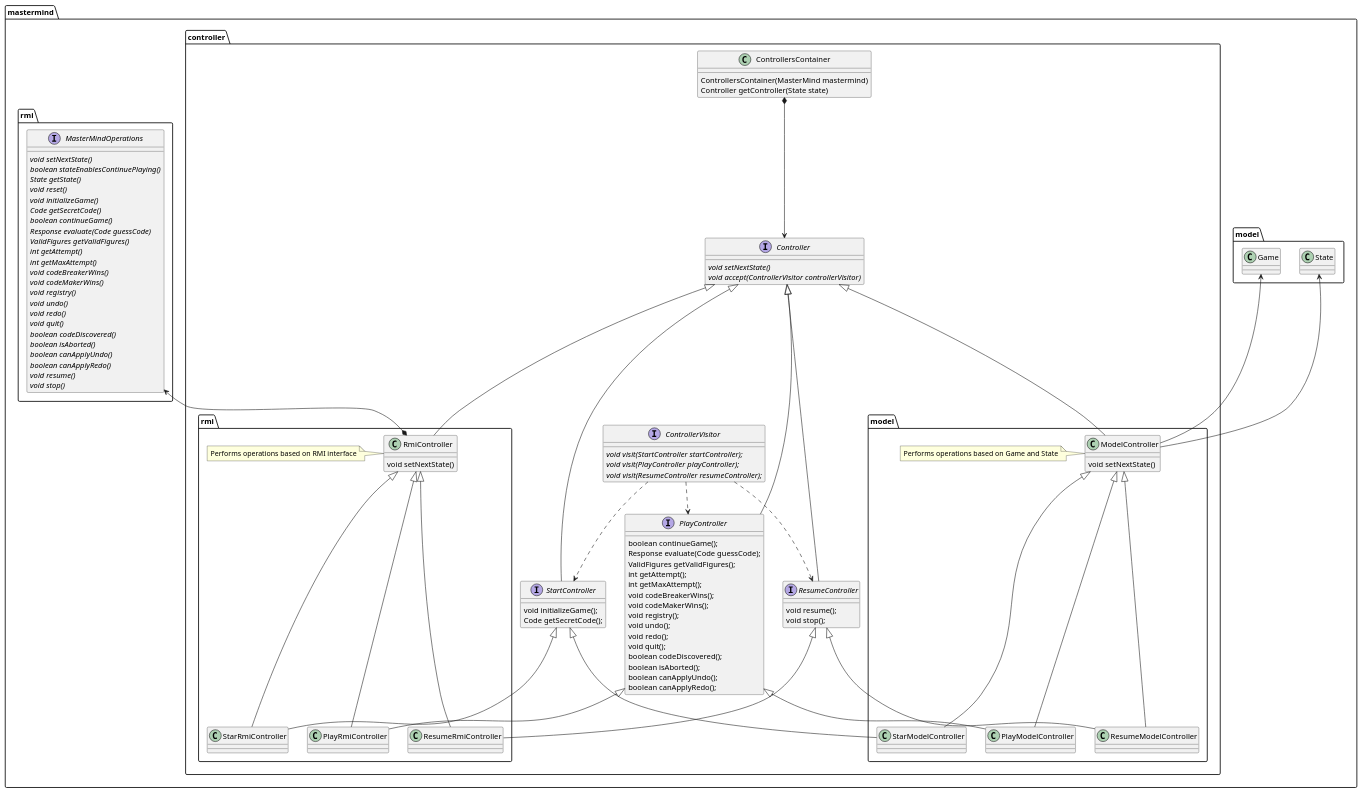
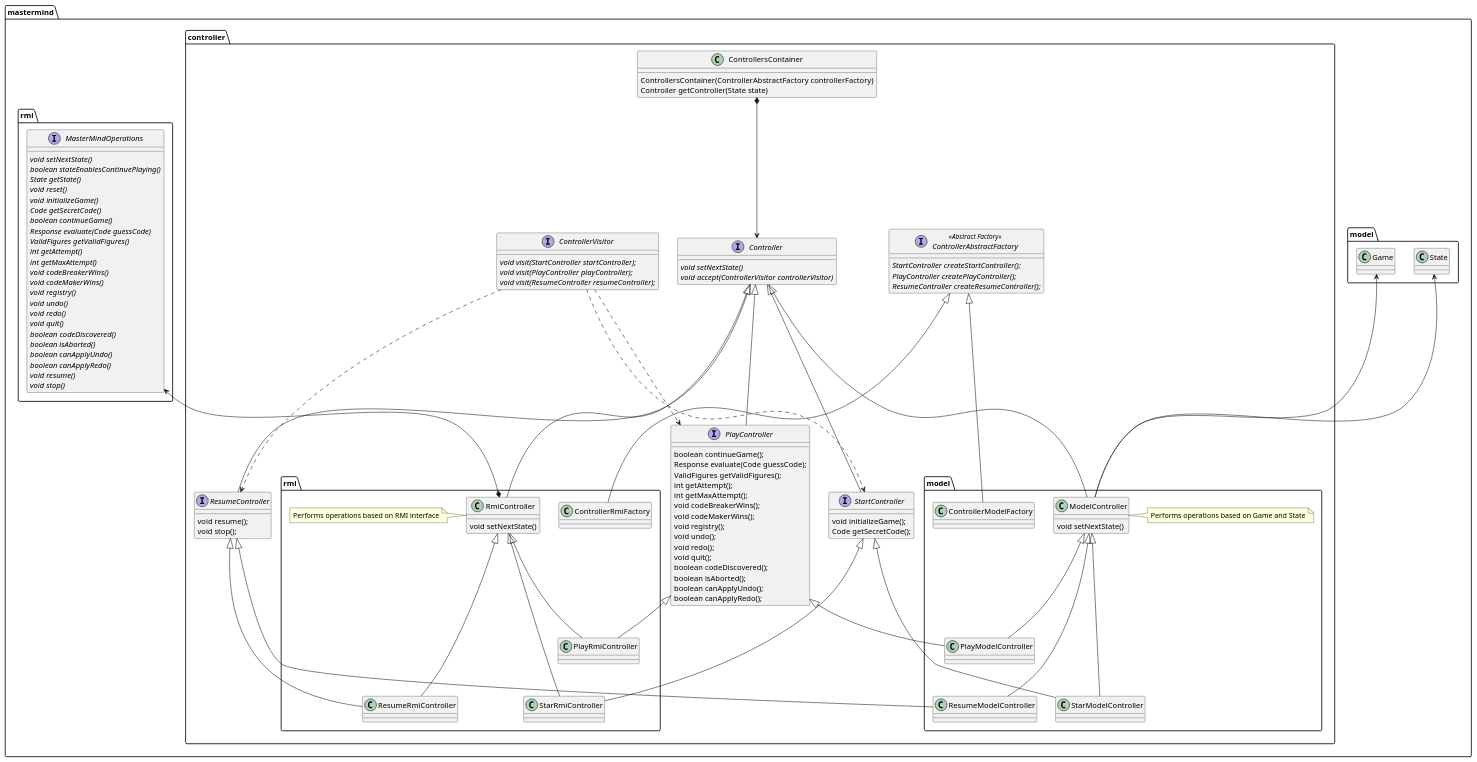
Before and after one commit to ciscoruiz/mastermind: the diagram in doc/mastermind.controller.puml, drawn with PlantUML.

Commit message:
Includes new class controller.ControllerAbstractFactory into the Diagram Class

```diff
--- a/doc/mastermind.controller.puml
+++ b/doc/mastermind.controller.puml
@@ -1,135 +1,145 @@
 @startuml
 
 package mastermind.model {
     class Game
     class State
 }
 
 package mastermind.controller {
-interface Controller {
-   {abstract} void setNextState()
-   {abstract} void accept(ControllerVisitor controllerVisitor)
-}
+   interface Controller {
+      {abstract} void setNextState()
+      {abstract} void accept(ControllerVisitor controllerVisitor)
+   }
 
-class ControllersContainer {
-    ControllersContainer(MasterMind mastermind)
-    Controller getController(State state) 
-}
+   class ControllersContainer {
+       ControllersContainer(ControllerAbstractFactory controllerFactory)
+       Controller getController(State state)
+   }
 
-interface StartController {
-   void initializeGame();
-   Code getSecretCode();
-}
+   interface ControllerAbstractFactory <<Abstract Factory>> {
+      {abstract}StartController createStartController();
+      {abstract}PlayController createPlayController();
+      {abstract}ResumeController createResumeController();
+   }
 
-interface PlayController {
-    boolean continueGame();
-    Response evaluate(Code guessCode);
-    ValidFigures getValidFigures();
-    int getAttempt();
-    int getMaxAttempt();
-    void codeBreakerWins();
-    void codeMakerWins();
-    void registry();
-    void undo();
-    void redo();
-    void quit();
-    boolean codeDiscovered();
-    boolean isAborted();
-    boolean canApplyUndo();
-    boolean canApplyRedo();
-}
+   interface StartController {
+      void initializeGame();
+      Code getSecretCode();
+   }
 
-interface ResumeController {
-   void resume();
-   void stop();
-}
+   interface PlayController {
+       boolean continueGame();
+       Response evaluate(Code guessCode);
+       ValidFigures getValidFigures();
+       int getAttempt();
+       int getMaxAttempt();
+       void codeBreakerWins();
+       void codeMakerWins();
+       void registry();
+       void undo();
+       void redo();
+       void quit();
+       boolean codeDiscovered();
+       boolean isAborted();
+       boolean canApplyUndo();
+       boolean canApplyRedo();
+   }
 
-interface ControllerVisitor {
-   {abstract}void visit(StartController startController);
-   {abstract}void visit(PlayController playController);
-   {abstract}void visit(ResumeController resumeController);
-}
+   interface ResumeController {
+      void resume();
+      void stop();
+   }
+
+   interface ControllerVisitor {
+      {abstract}void visit(StartController startController);
+      {abstract}void visit(PlayController playController);
+      {abstract}void visit(ResumeController resumeController);
+   }
 }
 
 package mastermind.controller.model {
     class ModelController {
        void setNextState()
     }
-    note left: Performs operations based on Game and State
+    note right: Performs operations based on Game and State
     ModelController -up-> Game
     ModelController -up-> State
 
     class StarModelController
     class PlayModelController
     class ResumeModelController
 
+    ControllerAbstractFactory <|-- ControllerModelFactory
+
     ModelController <|-down-- StarModelController
-    ModelController <|-down-- PlayModelController
+    ModelController <|-down- PlayModelController
     ModelController <|-down-- ResumeModelController
 
     StartController <|-down- StarModelController
     PlayController <|-down- PlayModelController
     ResumeController <|-down- ResumeModelController
 }
 
 package mastermind.controller.rmi {
     class RmiController {
        void setNextState()
     }
     note left: Performs operations based on RMI interface
 
     interface  mastermind.rmi.MasterMindOperations {
        {abstract}void setNextState()
        {abstract}boolean stateEnablesContinuePlaying()
        {abstract}State getState()
        {abstract}void reset()
        {abstract}void initializeGame()
        {abstract}Code getSecretCode()
        {abstract}boolean continueGame()
        {abstract}Response evaluate(Code guessCode)
        {abstract}ValidFigures getValidFigures()
        {abstract}int getAttempt()
        {abstract}int getMaxAttempt()
        {abstract}void codeBreakerWins()
        {abstract}void codeMakerWins()
        {abstract}void registry()
        {abstract}void undo()
        {abstract}void redo()
        {abstract}void quit()
        {abstract}boolean codeDiscovered()
        {abstract}boolean isAborted()
        {abstract}boolean canApplyUndo()
        {abstract}boolean canApplyRedo()
        {abstract}void resume()
        {abstract}void stop()
     }
 
     RmiController *-up-> mastermind.rmi.MasterMindOperations
 
     class StarRmiController
     class PlayRmiController
     class ResumeRmiController
 
+    ControllerAbstractFactory <|-- ControllerRmiFactory
+
     RmiController <|-down-- StarRmiController
-    RmiController <|-down-- PlayRmiController
+    RmiController <|-down- PlayRmiController
     RmiController <|-down-- ResumeRmiController
 
     StartController <|-down- StarRmiController
     PlayController <|-down- PlayRmiController
     ResumeController <|-down- ResumeRmiController
 }
 
 ControllersContainer  *--> Controller
 
 Controller <|-down- StartController
 Controller <|-down- PlayController
 Controller <|-down- ResumeController
 
 Controller <|-down- ModelController
 Controller <|-down- RmiController
 
 ControllerVisitor -[dashed]-> StartController
 ControllerVisitor -[dashed]-> PlayController
 ControllerVisitor -[dashed]-> ResumeController
 
 @enduml
```
